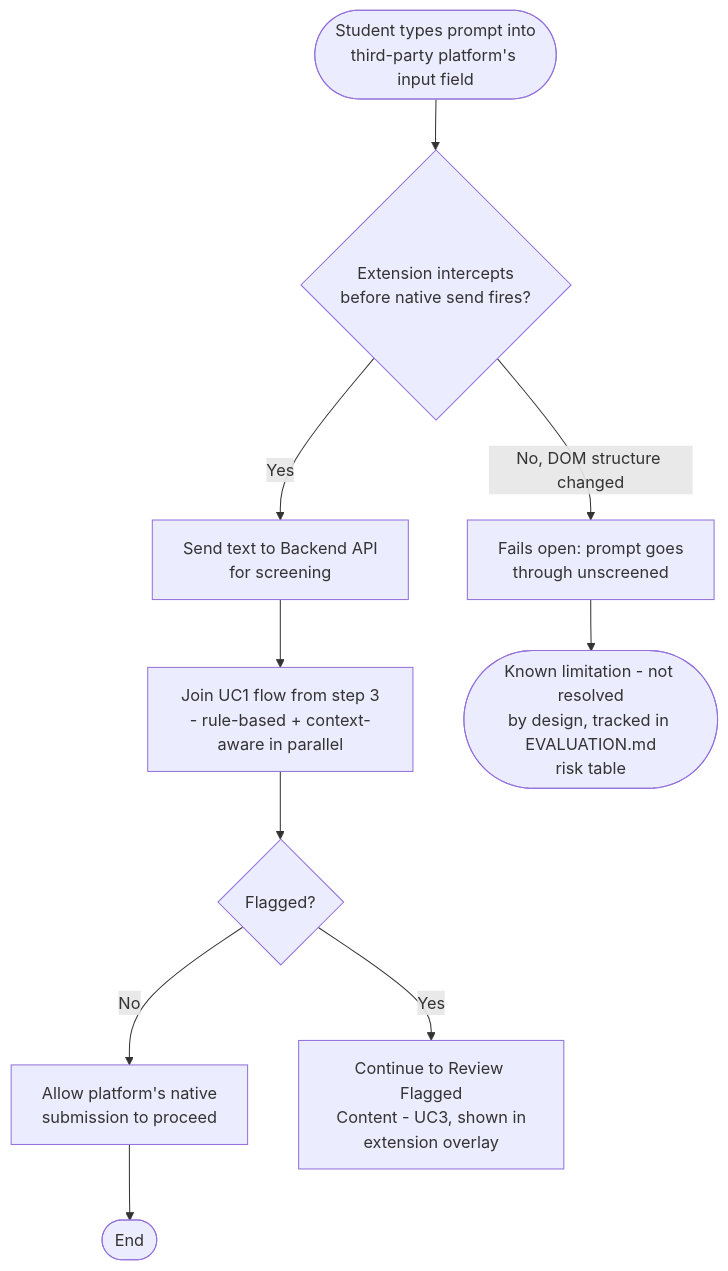
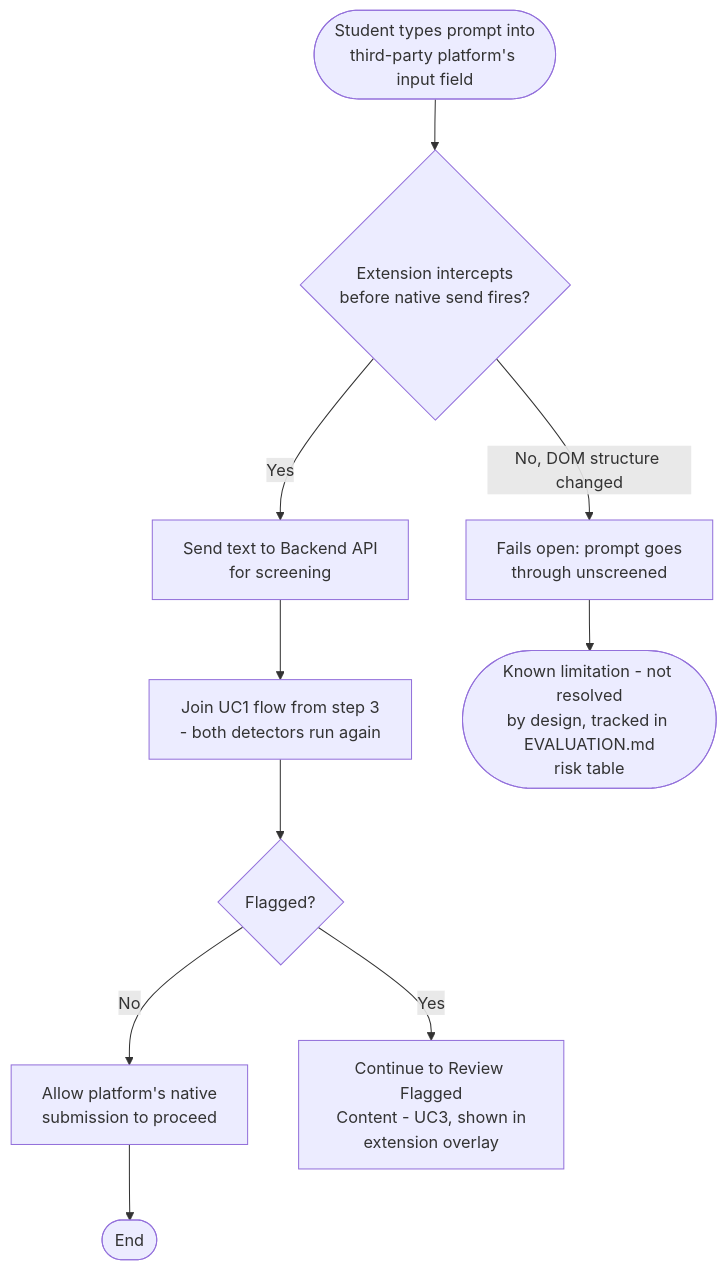
Before and after one commit to Skiet88/SentryPrompt: the second of 8 diagrams in docs/diagrams/ACTIVITY_DIAGRAMS.md, drawn with Mermaid. The commit also changed other lines of this file and 26 other files, not shown here.

````diff
--- a/docs/diagrams/ACTIVITY_DIAGRAMS.md
+++ b/docs/diagrams/ACTIVITY_DIAGRAMS.md
@@ -44,12 +43,12 @@
 ```mermaid
 flowchart TD
     A([Student types prompt into\nthird-party platform's input field]) --> B{Extension intercepts\nbefore native send fires?}
     B -- Yes --> C[Send text to Backend API\nfor screening]
-    C --> D[Join UC1 flow from step 3\n- rule-based + context-aware in parallel]
+    C --> D[Join UC1 flow from step 3\n- both detectors run again]
     D --> E{Flagged?}
     E -- No --> F[Allow platform's native\nsubmission to proceed]
     E -- Yes --> G[Continue to Review Flagged\nContent - UC3, shown in\nextension overlay]
     B -- No, DOM structure changed --> H[Fails open: prompt goes\nthrough unscreened]
     H --> I([Known limitation - not resolved\nby design, tracked in EVALUATION.md\nrisk table])
     F --> J([End])
 ```
````
